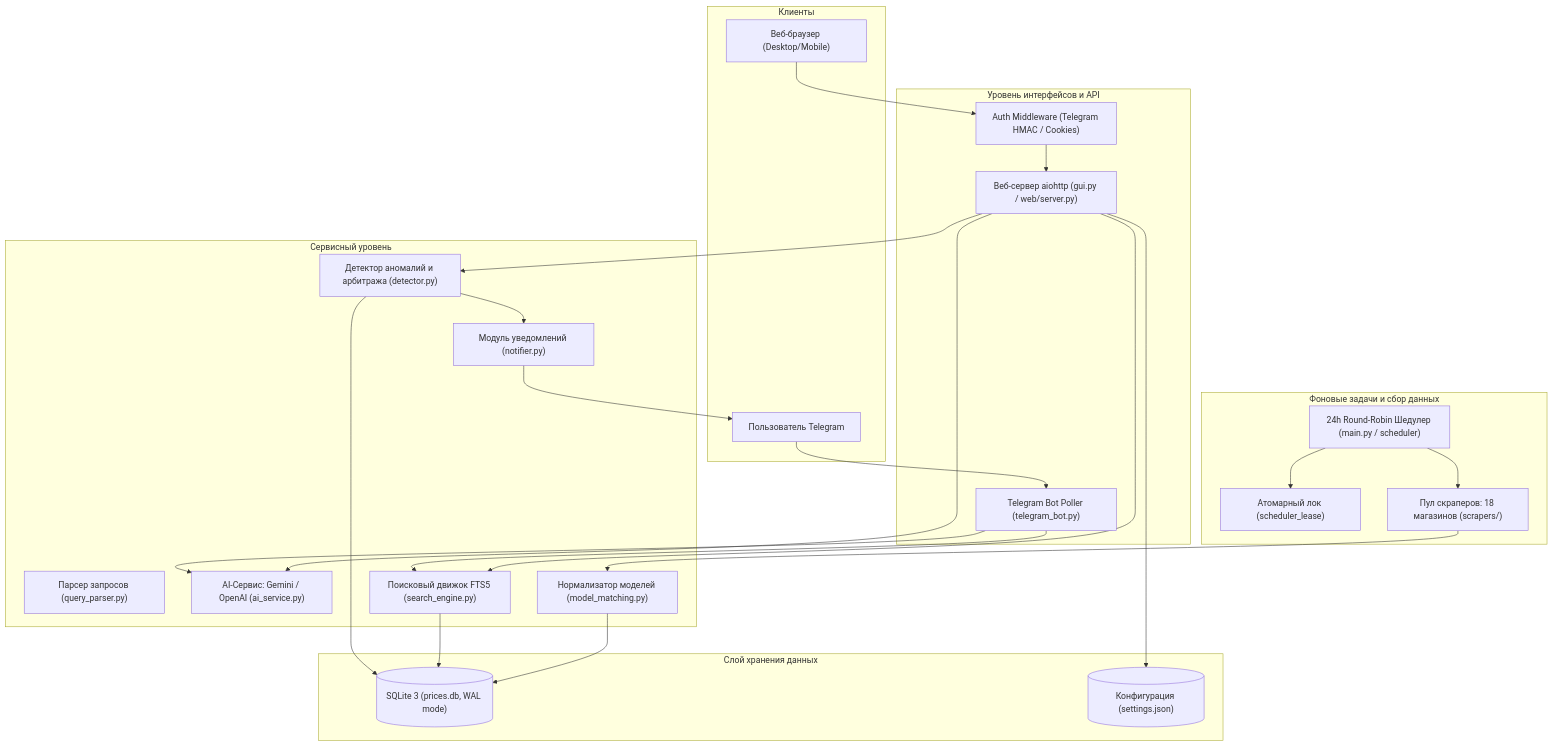
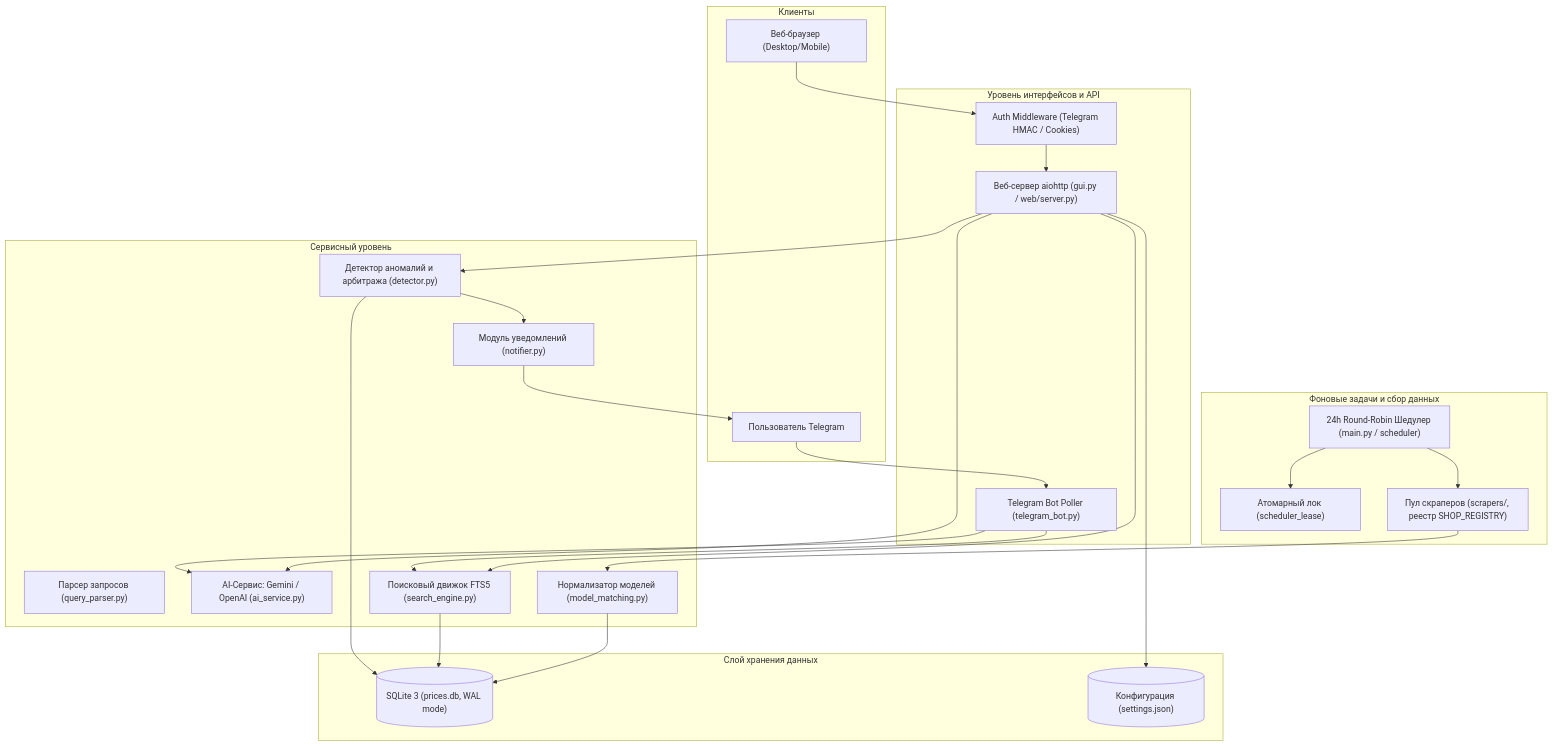
Before and after one commit to molthun/kz-price-hunter: the diagram in docs/ARCHITECTURE.md, drawn with Mermaid. The commit also changed 16 other files, not shown here.

````diff
--- a/docs/ARCHITECTURE.md
+++ b/docs/ARCHITECTURE.md
@@ -5,48 +5,48 @@
 ```mermaid
 flowchart TD
     subgraph Clients["Клиенты"]
         WebBrowser["Веб-браузер (Desktop/Mobile)"]
         TGBotUser["Пользователь Telegram"]
     end
 
     subgraph InterfaceLayer["Уровень интерфейсов и API"]
         WebServer["Веб-сервер aiohttp (gui.py / web/server.py)"]
         AuthMiddleware["Auth Middleware (Telegram HMAC / Cookies)"]
         TGBot["Telegram Bot Poller (telegram_bot.py)"]
     end
 
     subgraph ServiceLayer["Сервисный уровень"]
         QueryParser["Парсер запросов (query_parser.py)"]
         AIService["AI-Сервис: Gemini / OpenAI (ai_service.py)"]
         SearchEngine["Поисковый движок FTS5 (search_engine.py)"]
         Detector["Детектор аномалий и арбитража (detector.py)"]
         Notifier["Модуль уведомлений (notifier.py)"]
         Matching["Нормализатор моделей (model_matching.py)"]
     end
 
     subgraph SchedulerLayer["Фоновые задачи и сбор данных"]
         Scheduler["24h Round-Robin Шедулер (main.py / scheduler)"]
         LeaseManager["Атомарный лок (scheduler_lease)"]
-        ScraperPool["Пул скраперов: 18 магазинов (scrapers/)"]
+        ScraperPool["Пул скраперов (scrapers/, реестр SHOP_REGISTRY)"]
     end
 
     subgraph StorageLayer["Слой хранения данных"]
         SQLite[("SQLite 3 (prices.db, WAL mode)")]
         Settings[("Конфигурация (settings.json)")]
     end
 
     WebBrowser --> AuthMiddleware --> WebServer
     TGBotUser --> TGBot
     WebServer --> SearchEngine
     WebServer --> AIService
     TGBot --> AIService
     TGBot --> SearchEngine
     WebServer --> Detector
     Scheduler --> LeaseManager
     Scheduler --> ScraperPool
     ScraperPool --> Matching --> SQLite
     Detector --> Notifier --> TGBotUser
     SearchEngine --> SQLite
     Detector --> SQLite
     WebServer --> Settings
 ```
````
